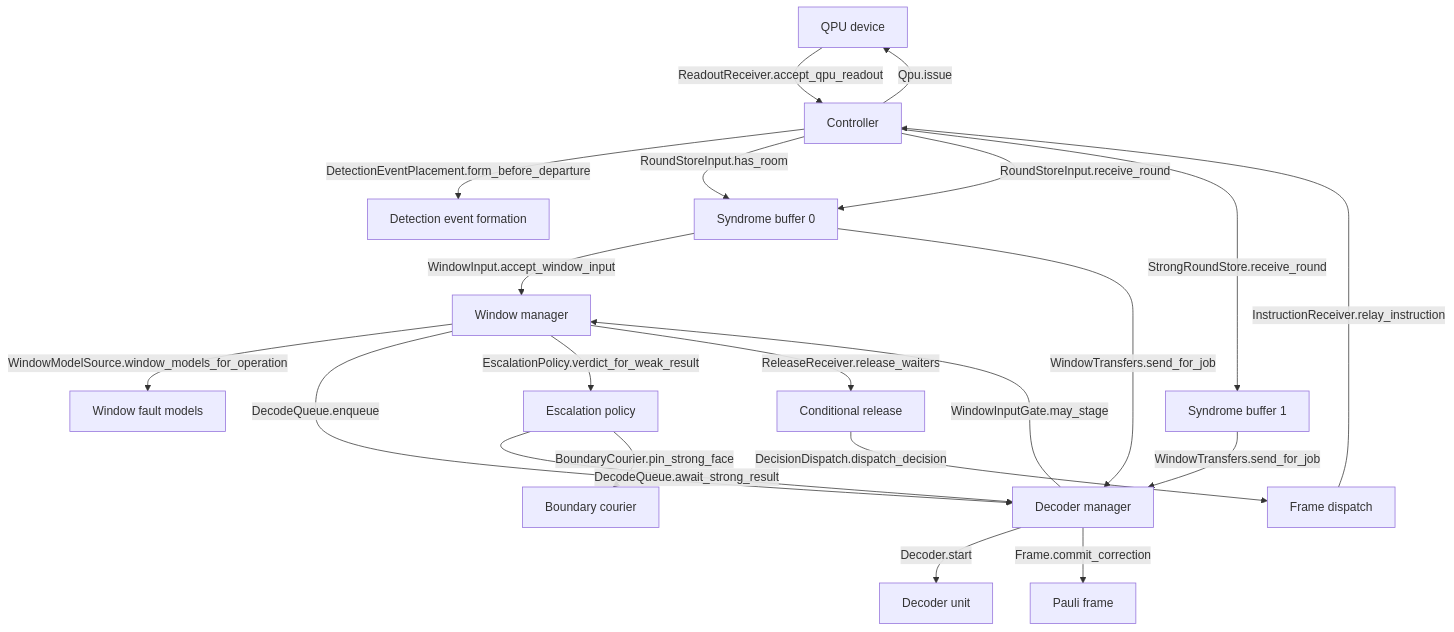
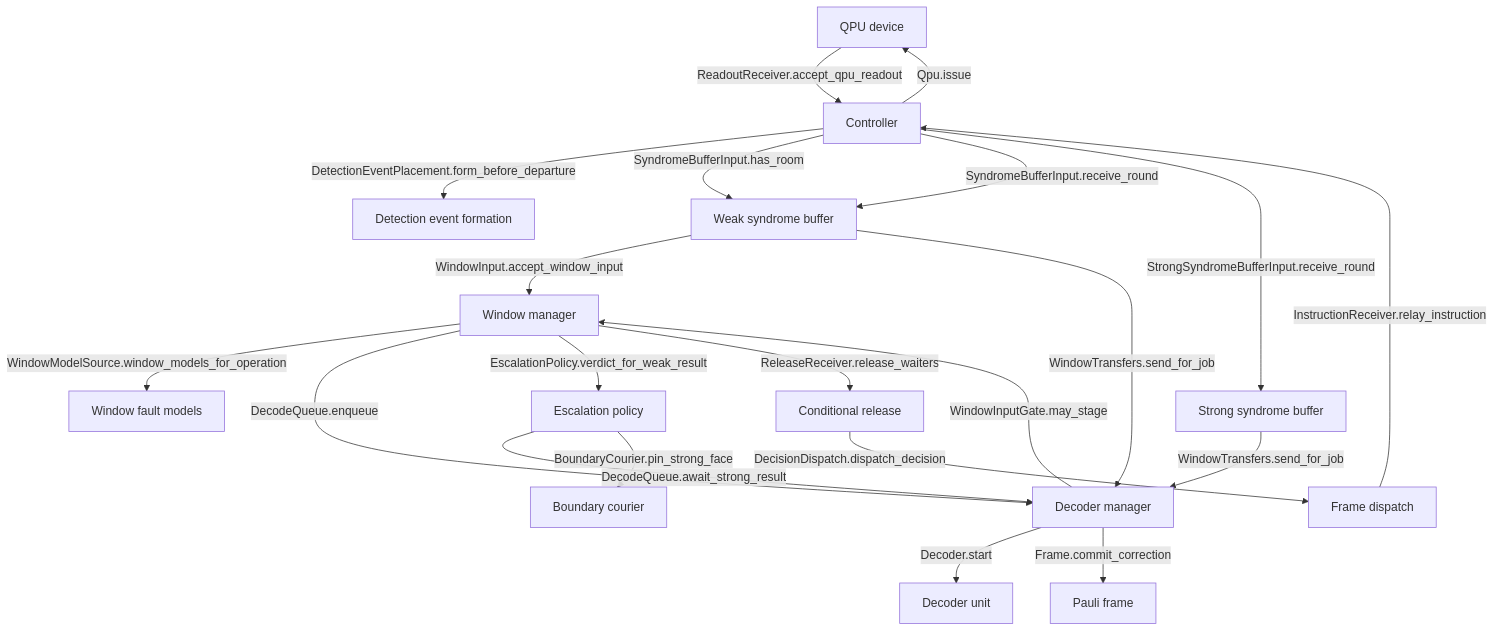
The diagram in docs/explanation/architecture.md (Subashkatel/decsim), drawn with Mermaid before and after one commit. The commit also changed other lines of this file and 117 other files, not shown here.

````diff
--- a/docs/explanation/architecture.md
+++ b/docs/explanation/architecture.md
@@ -40,37 +40,37 @@
 ```mermaid
 graph TD
     %% Qpu = qpu
     %% Controller = controller
     %% Formation = detector_error_model
-    %% Buffer0 = syndrome_buffer
-    %% Buffer1 = syndrome_buffer
+    %% WeakBuffer = syndrome_buffer
+    %% StrongBuffer = syndrome_buffer
     %% Windows = windows
     %% Models = qpu
     %% Decoders = decoders
     %% Unit = decoders
     %% Escalation = escalation
     %% Courier = windows
     %% Frame = pauli_frame
     %% Release = controller
     %% Dispatch = pauli_frame
     Qpu["QPU device"] -->|"ReadoutReceiver.accept_qpu_readout"| Controller
     Controller -->|"DetectionEventPlacement.form_before_departure"| Formation["Detection event formation"]
-    Controller -->|"RoundStoreInput.has_room"| Buffer0["Syndrome buffer 0"]
-    Controller -->|"RoundStoreInput.receive_round"| Buffer0
-    Controller -->|"StrongRoundStore.receive_round"| Buffer1["Syndrome buffer 1"]
-    Buffer0 -->|"WindowInput.accept_window_input"| Windows["Window manager"]
+    Controller -->|"SyndromeBufferInput.has_room"| WeakBuffer["Weak syndrome buffer"]
+    Controller -->|"SyndromeBufferInput.receive_round"| WeakBuffer
+    Controller -->|"StrongSyndromeBufferInput.receive_round"| StrongBuffer["Strong syndrome buffer"]
+    WeakBuffer -->|"WindowInput.accept_window_input"| Windows["Window manager"]
     Windows -->|"WindowModelSource.window_models_for_operation"| Models["Window fault models"]
     Windows -->|"DecodeQueue.enqueue"| Decoders["Decoder manager"]
-    Buffer0 -->|"WindowTransfers.send_for_job"| Decoders
+    WeakBuffer -->|"WindowTransfers.send_for_job"| Decoders
     Decoders -->|"WindowInputGate.may_stage"| Windows
     Decoders -->|"Decoder.start"| Unit["Decoder unit"]
     Windows -->|"EscalationPolicy.verdict_for_weak_result"| Escalation["Escalation policy"]
     Escalation -->|"DecodeQueue.await_strong_result"| Decoders
     Escalation -->|"BoundaryCourier.pin_strong_face"| Courier["Boundary courier"]
-    Buffer1 -->|"WindowTransfers.send_for_job"| Decoders
+    StrongBuffer -->|"WindowTransfers.send_for_job"| Decoders
     Decoders -->|"Frame.commit_correction"| Frame["Pauli frame"]
     Windows -->|"ReleaseReceiver.release_waiters"| Release["Conditional release"]
     Release -->|"DecisionDispatch.dispatch_decision"| Dispatch["Frame dispatch"]
     Dispatch -->|"InstructionReceiver.relay_instruction"| Controller
     Controller -->|"Qpu.issue"| Qpu
 ```
````
